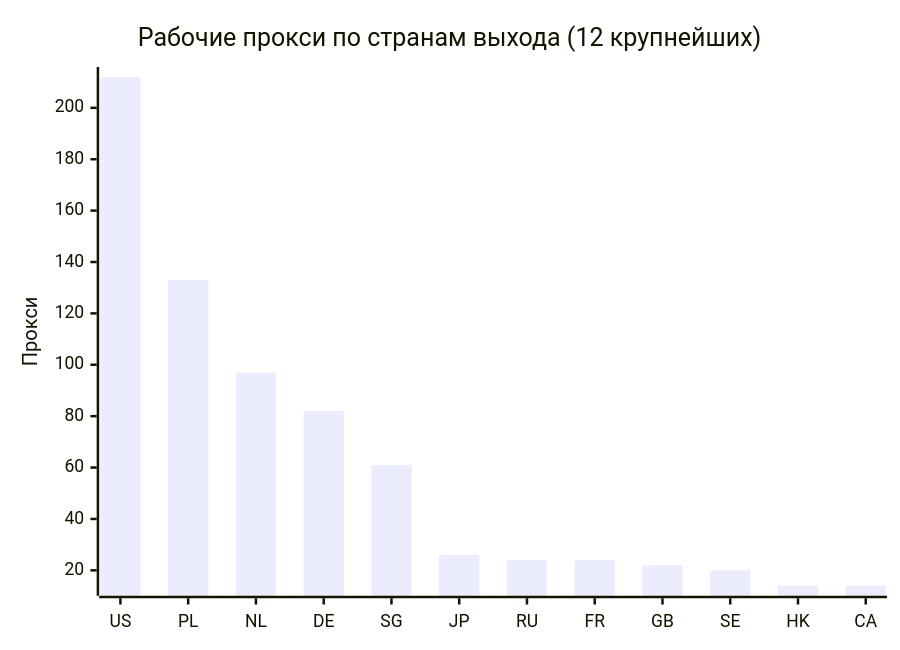
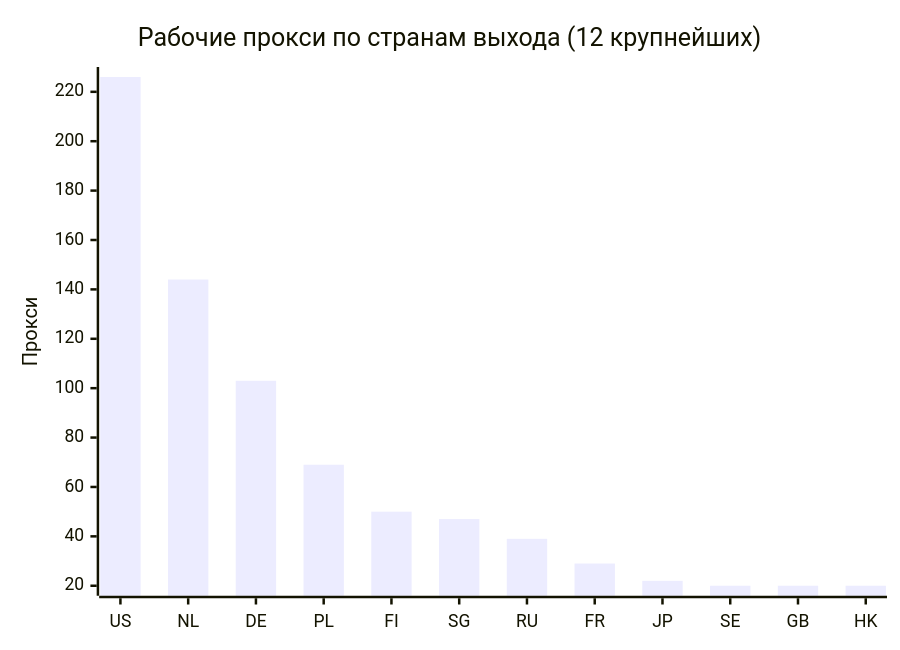
The second of 4 diagrams in README.md (rvvg/proxy-subs), drawn with Mermaid before and after one commit. The commit also changed other lines of this file and 51 other files, not shown here.

````diff
--- a/README.md
+++ b/README.md
@@ -132,7 +132,7 @@
 ```mermaid
 xychart-beta
     title "Рабочие прокси по странам выхода (12 крупнейших)"
-    x-axis ["US", "PL", "NL", "DE", "SG", "JP", "RU", "FR", "GB", "SE", "HK", "CA"]
+    x-axis ["US", "NL", "DE", "PL", "FI", "SG", "RU", "FR", "JP", "SE", "GB", "HK"]
     y-axis "Прокси"
-    bar [212, 133, 97, 82, 61, 26, 24, 24, 22, 20, 14, 14]
+    bar [226, 144, 103, 69, 50, 47, 39, 29, 22, 20, 20, 20]
 ```
````
